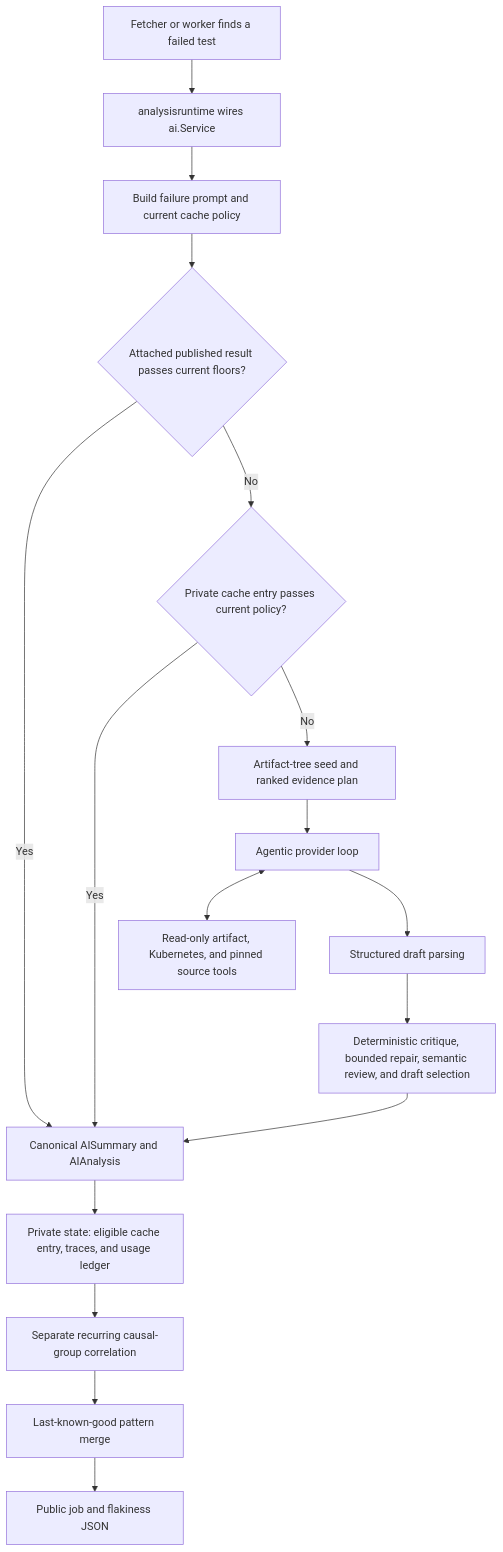
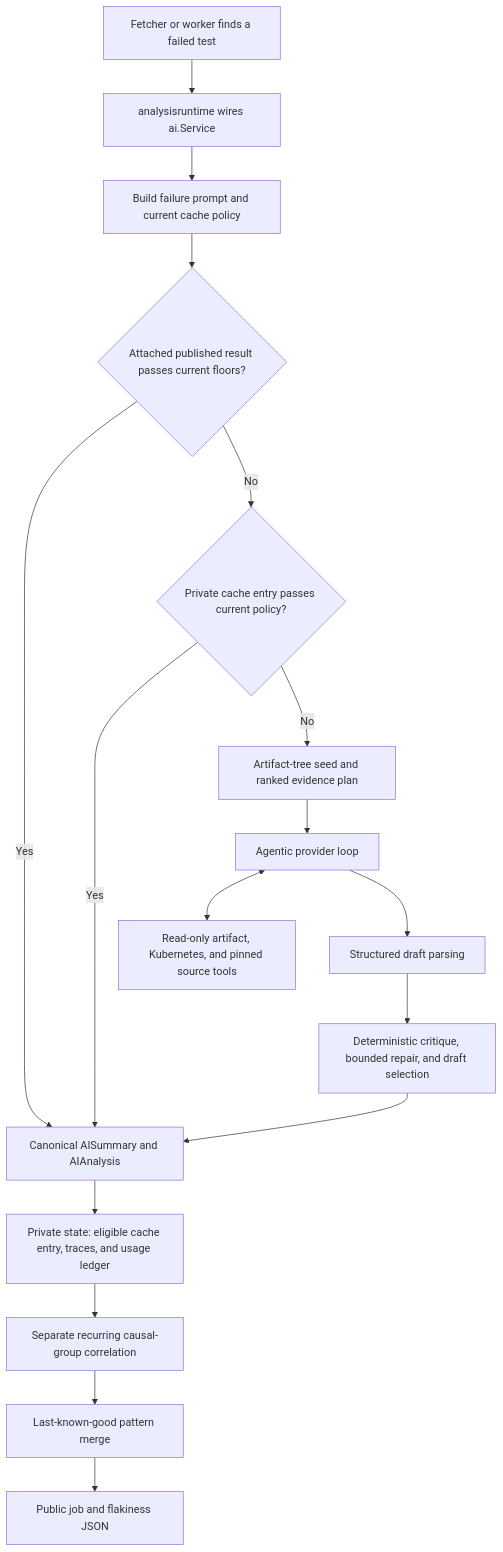
One commit to willie-yao/aster changed the diagram in docs/architecture/in-process-analyzer.md. Above: the diagram before and after it, drawn with Mermaid. The commit also changed other lines of this file and 56 other files, not shown here.

````diff
--- a/docs/architecture/in-process-analyzer.md
+++ b/docs/architecture/in-process-analyzer.md
@@ -55,19 +55,19 @@
 ```mermaid
 flowchart TD
     A["Fetcher or worker finds a failed test"] --> B["analysisruntime wires ai.Service"]
     B --> C["Build failure prompt and current cache policy"]
     C --> D{"Attached published result passes current floors?"}
     D -->|Yes| K["Canonical AISummary and AIAnalysis"]
     D -->|No| E{"Private cache entry passes current policy?"}
     E -->|Yes| K
     E -->|No| F["Artifact-tree seed and ranked evidence plan"]
     F --> G["Agentic provider loop"]
     G <--> H["Read-only artifact, Kubernetes, and pinned source tools"]
     G --> I["Structured draft parsing"]
-    I --> J["Deterministic critique, bounded repair, semantic review, and draft selection"]
+    I --> J["Deterministic critique, bounded repair, and draft selection"]
     J --> K
     K --> L["Private state: eligible cache entry, traces, and usage ledger"]
     L --> M["Separate recurring causal-group correlation"]
     M --> N["Last-known-good pattern merge"]
     N --> O["Public job and flakiness JSON"]
 ```
````
